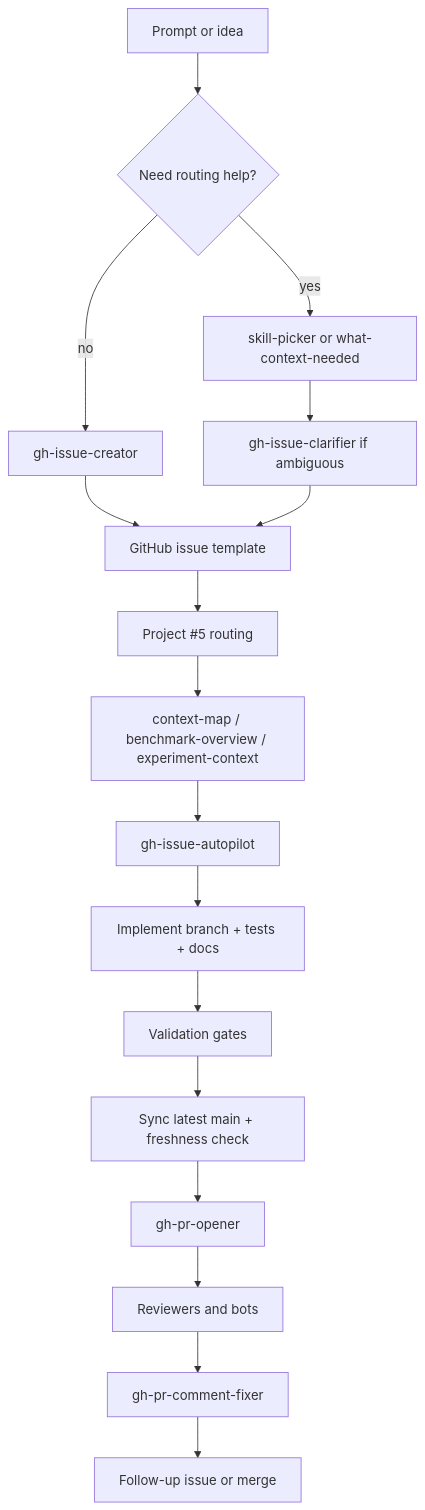
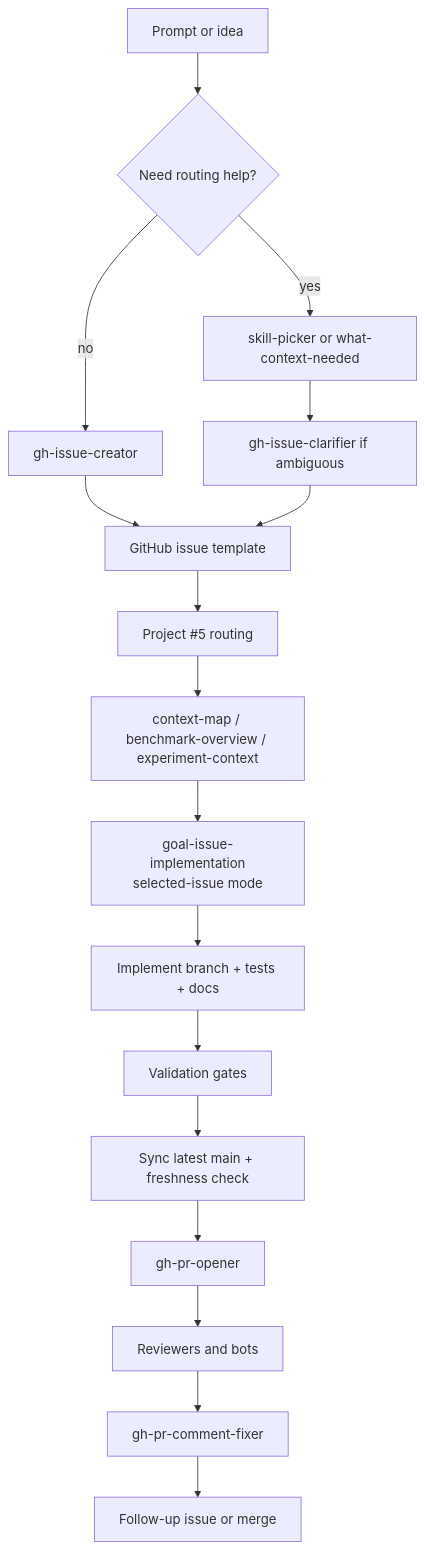
One commit to ll7/robot_sf_ll7 changed the diagram in docs/ai/ai-workflow.md. Above: the diagram before and after it, drawn with Mermaid. The commit also changed other lines of this file and 19 other files, not shown here.

Commit message:
feat(workflow): consolidate selected-issue implementation mode

````diff
--- a/docs/ai/ai-workflow.md
+++ b/docs/ai/ai-workflow.md
@@ -309,19 +311,19 @@
 ```mermaid
 flowchart TD
   A[Prompt or idea] --> B{Need routing help?}
   B -->|yes| C[skill-picker or what-context-needed]
   B -->|no| D[gh-issue-creator]
   C --> E[gh-issue-clarifier if ambiguous]
   D --> F[GitHub issue template]
   E --> F
   F --> G[Project #5 routing]
   G --> H[context-map / benchmark-overview / experiment-context]
-  H --> I[gh-issue-autopilot]
+  H --> I[goal-issue-implementation<br/>selected-issue mode]
   I --> J[Implement branch + tests + docs]
   J --> K[Validation gates]
   K --> L[Sync latest main + freshness check]
   L --> M[gh-pr-opener]
   M --> N[Reviewers and bots]
   N --> O[gh-pr-comment-fixer]
   O --> P[Follow-up issue or merge]
 ```
````
